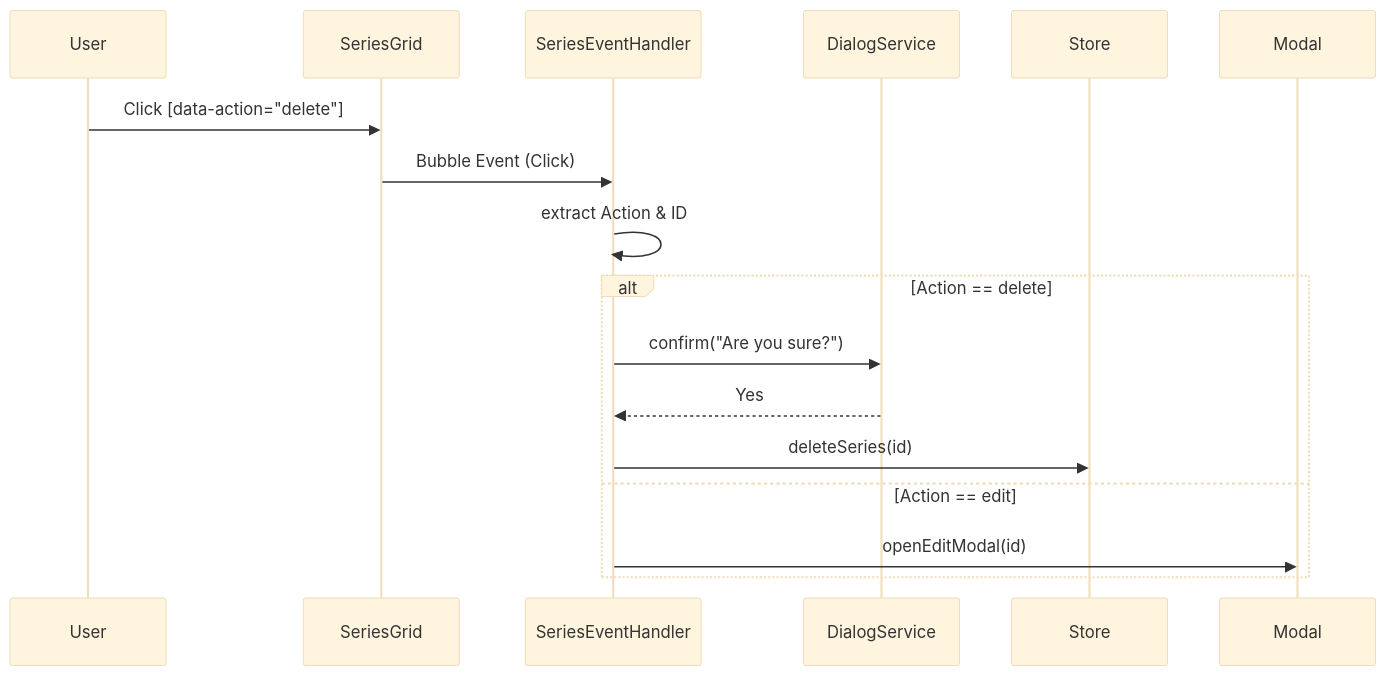
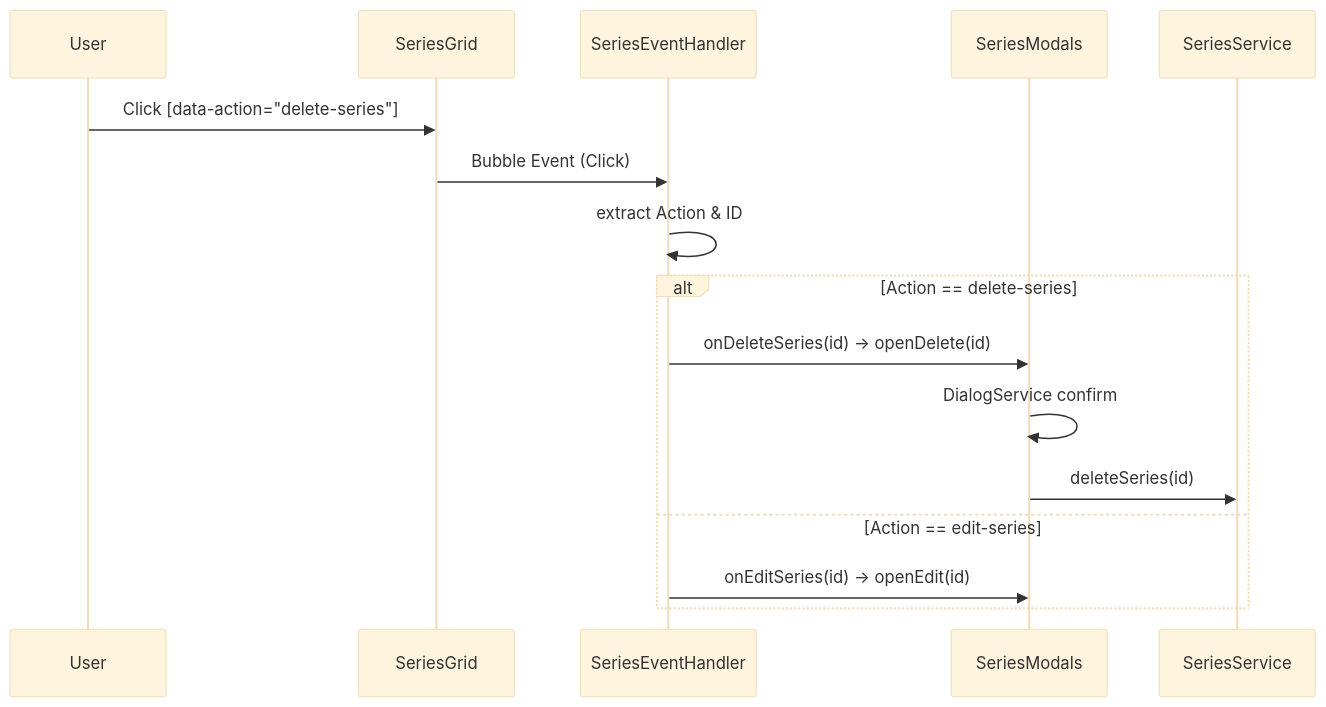
Before and after one commit to maujrp99/MJRP_AlbumsBalancedPlaylists_v0: the diagram in docs/manual/29_Frontend_Technical_Debt_Analysis.md, drawn with Mermaid (base theme). The commit also changed other lines of this file and 22 other files, not shown here.

````diff
--- a/docs/manual/29_Frontend_Technical_Debt_Analysis.md
+++ b/docs/manual/29_Frontend_Technical_Debt_Analysis.md
@@ -20,20 +20,21 @@
 ```mermaid
 sequenceDiagram
     participant User
     participant Grid as SeriesGrid
     participant Handler as SeriesEventHandler
-    participant Service as DialogService
+    participant Modals as SeriesModals
+    participant Service as SeriesService
 
-    User->>Grid: Click [data-action="delete"]
+    User->>Grid: Click [data-action="delete-series"]
     Grid->>Handler: Bubble Event (Click)
     
     Handler->>Handler: extract Action & ID
     
-    alt Action == delete
-        Handler->>Service: confirm("Are you sure?")
-        Service-->>Handler: Yes
-        Handler->>Store: deleteSeries(id)
-    else Action == edit
-        Handler->>Modal: openEditModal(id)
+    alt Action == delete-series
+        Handler->>Modals: onDeleteSeries(id) -> openDelete(id)
+        Modals->>Modals: DialogService confirm
+        Modals->>Service: deleteSeries(id)
+    else Action == edit-series
+        Handler->>Modals: onEditSeries(id) -> openEdit(id)
     end
 ```
````
